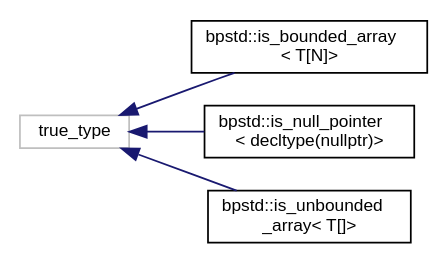
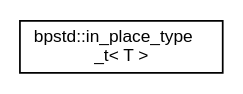
Before and after one commit to bitwizeshift/BackportCpp: the diagram in api/latest/inherit_graph_29.dot, drawn with Graphviz. The commit also changed 104 other files, not shown here.

```diff
--- a/api/latest/inherit_graph_29.dot
+++ b/api/latest/inherit_graph_29.dot
@@ -1,13 +1,7 @@
 digraph "Graphical Class Hierarchy"
 {
   edge [fontname="Helvetica",fontsize="10",labelfontname="Helvetica",labelfontsize="10"];
   node [fontname="Helvetica",fontsize="10",shape=record];
   rankdir="LR";
-  Node67 [label="true_type",height=0.2,width=0.4,color="grey75", fillcolor="white", style="filled"];
-  Node67 -> Node0 [dir="back",color="midnightblue",fontsize="10",style="solid",fontname="Helvetica"];
-  Node0 [label="bpstd::is_bounded_array\l\< T[N]\>",height=0.2,width=0.4,color="black", fillcolor="white", style="filled",URL="$df/d39/structbpstd_1_1is__bounded__array_3_01_t[_n]_4.html"];
-  Node67 -> Node69 [dir="back",color="midnightblue",fontsize="10",style="solid",fontname="Helvetica"];
-  Node69 [label="bpstd::is_null_pointer\l\< decltype(nullptr)\>",height=0.2,width=0.4,color="black", fillcolor="white", style="filled",URL="$d2/dd6/structbpstd_1_1is__null__pointer_3_01decltype_07nullptr_08_4.html"];
-  Node67 -> Node70 [dir="back",color="midnightblue",fontsize="10",style="solid",fontname="Helvetica"];
-  Node70 [label="bpstd::is_unbounded\l_array\< T[]\>",height=0.2,width=0.4,color="black", fillcolor="white", style="filled",URL="$dc/da5/structbpstd_1_1is__unbounded__array_3_01_t[]_4.html"];
+  Node0 [label="bpstd::in_place_type\l_t\< T \>",height=0.2,width=0.4,color="black", fillcolor="white", style="filled",URL="$da/d39/structbpstd_1_1in__place__type__t.html",tooltip="This function is a special disambiguation tag for variadic functions, used in any and optional..."];
 }
```
